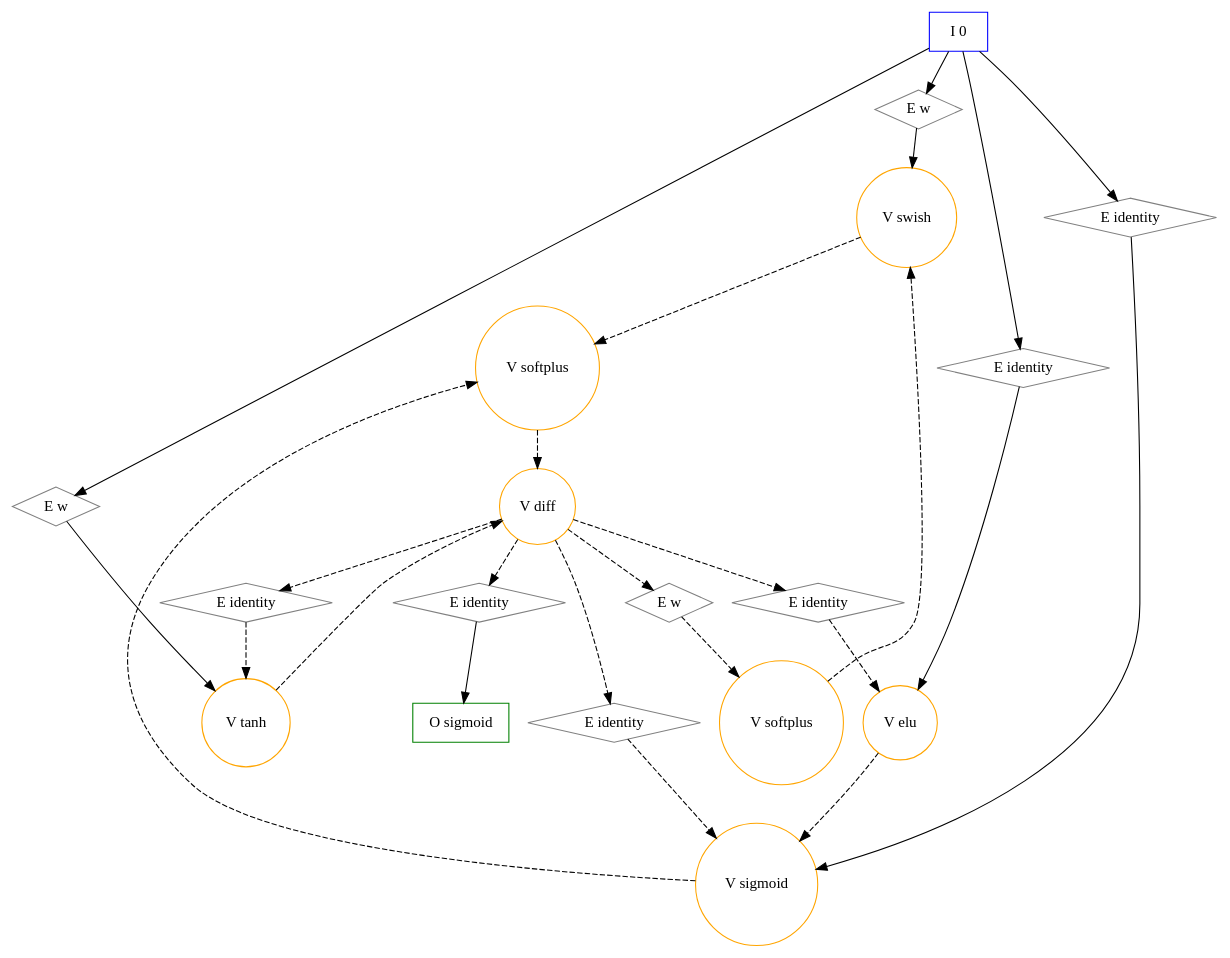
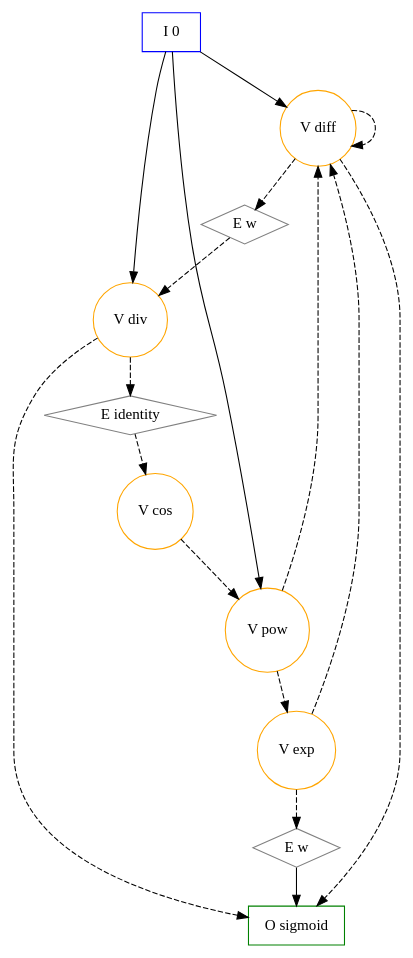
One commit to pkalivas/radiate changed the diagram in examples/graphs/simple-memory-graph/graph.dot. Above: the diagram before and after it, drawn with Graphviz. The commit also changed 45 other files, not shown here.

```diff
--- a/examples/graphs/simple-memory-graph/graph.dot
+++ b/examples/graphs/simple-memory-graph/graph.dot
@@ -1,44 +1,28 @@
 digraph G {
 0 [label="I 0", shape=box, color=blue];
-1 [label="E w", shape=diamond, color=gray];
-2 [label="E identity", shape=diamond, color=gray];
-3 [label="E w", shape=diamond, color=gray];
-4 [label="E identity", shape=diamond, color=gray];
-5 [label="V diff", shape=circle, color=orange];
-6 [label="E w", shape=diamond, color=gray];
-7 [label="E identity", shape=diamond, color=gray];
-8 [label="E identity", shape=diamond, color=gray];
-9 [label="E identity", shape=diamond, color=gray];
-10 [label="V swish", shape=circle, color=orange];
-11 [label="V elu", shape=circle, color=orange];
-12 [label="V tanh", shape=circle, color=orange];
-13 [label="V sigmoid", shape=circle, color=orange];
-14 [label="V softplus", shape=circle, color=orange];
-15 [label="E identity", shape=diamond, color=gray];
-16 [label="O sigmoid", shape=box, color=green];
-17 [label="V softplus", shape=circle, color=orange];
+1 [label="V diff", shape=circle, color=orange];
+2 [label="O sigmoid", shape=box, color=green];
+3 [label="V div", shape=circle, color=orange];
+4 [label="V pow", shape=circle, color=orange];
+5 [label="E w", shape=diamond, color=gray];
+6 [label="E identity", shape=diamond, color=gray];
+7 [label="V exp", shape=circle, color=orange];
+8 [label="V cos", shape=circle, color=orange];
+9 [label="E w", shape=diamond, color=gray];
   0 -> 1 [style=solid];
-  0 -> 2 [style=solid];
+  1 -> 1 [style=dashed];
+  4 -> 1 [style=dashed];
+  7 -> 1 [style=dashed];
+  1 -> 2 [style=dashed];
+  3 -> 2 [style=dashed];
+  9 -> 2 [style=solid];
   0 -> 3 [style=solid];
+  5 -> 3 [style=dashed];
   0 -> 4 [style=solid];
-  12 -> 5 [style=dashed];
-  14 -> 5 [style=dashed];
-  5 -> 6 [style=dashed];
-  5 -> 7 [style=dashed];
-  5 -> 8 [style=dashed];
-  5 -> 9 [style=dashed];
-  1 -> 10 [style=solid];
-  17 -> 10 [style=dashed];
-  2 -> 11 [style=solid];
-  7 -> 11 [style=dashed];
-  3 -> 12 [style=solid];
-  8 -> 12 [style=dashed];
-  4 -> 13 [style=solid];
-  9 -> 13 [style=dashed];
-  11 -> 13 [style=dashed];
-  10 -> 14 [style=dashed];
-  13 -> 14 [style=dashed];
-  5 -> 15 [style=dashed];
-  15 -> 16 [style=solid];
-  6 -> 17 [style=dashed];
+  8 -> 4 [style=dashed];
+  1 -> 5 [style=dashed];
+  3 -> 6 [style=dashed];
+  4 -> 7 [style=dashed];
+  6 -> 8 [style=dashed];
+  7 -> 9 [style=dashed];
 }
```
